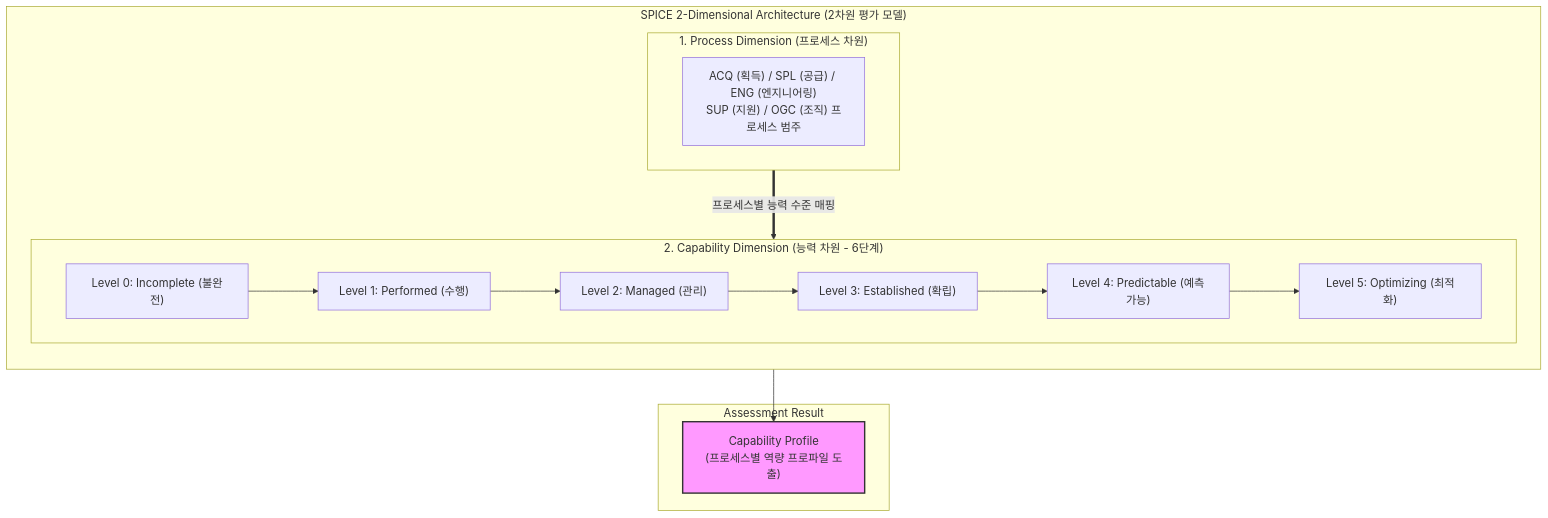
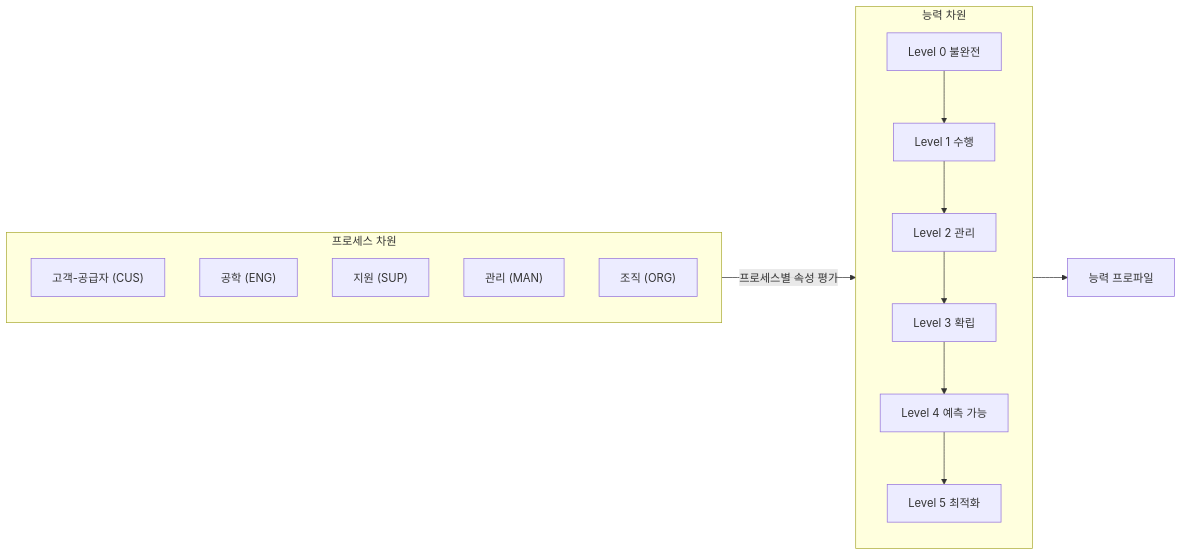
Before and after one commit to supremethumb/supremethumb.github.io: the diagram in content/01_IT Tech/SPICE.md, drawn with Mermaid. The commit also changed other lines of this file and 1087 other files, not shown here.

````diff
--- a/content/01_IT Tech/SPICE.md
+++ b/content/01_IT Tech/SPICE.md
@@ -27,29 +35,18 @@
 ```mermaid
-flowchart TB
-    subgraph "SPICE 2-Dimensional Architecture (2차원 평가 모델)"
+flowchart LR
+    subgraph PD ["프로세스 차원"]
         direction TB
-        
-        subgraph Dimension1["1. Process Dimension (프로세스 차원)"]
-            P_Category["ACQ (획득) / SPL (공급) / ENG (엔지니어링)<br/>SUP (지원) / OGC (조직) 프로세스 범주"]
-        end
-
-        subgraph Dimension2["2. Capability Dimension (능력 차원 - 6단계)"]
-            L0["Level 0: Incomplete (불완전)"] --> L1["Level 1: Performed (수행)"]
-            L1 --> L2["Level 2: Managed (관리)"]
-            L2 --> L3["Level 3: Established (확립)"]
-            L3 --> L4["Level 4: Predictable (예측가능)"]
-            L4 --> L5["Level 5: Optimizing (최적화)"]
-        end
-
-        Dimension1 ==>|프로세스별 능력 수준 매핑| Dimension2
+        C1["고객-공급자 (CUS)"]
+        C2["공학 (ENG)"]
+        C3["지원 (SUP)"]
+        C4["관리 (MAN)"]
+        C5["조직 (ORG)"]
     end
-
-    subgraph "Assessment Result"
-        Result["Capability Profile<br/>(프로세스별 역량 프로파일 도출)"]
+    subgraph CD ["능력 차원"]
+        direction TB
+        L0["Level 0 불완전"] --> L1["Level 1 수행"] --> L2["Level 2 관리"]
+        L2 --> L3["Level 3 확립"] --> L4["Level 4 예측 가능"] --> L5["Level 5 최적화"]
     end
-
-    Dimension2 --> Result
-
-    style Result fill:#f9f,stroke:#333,stroke-width:2px
-
+    PD -- "프로세스별 속성 평가" --> CD
+    CD --> PF["능력 프로파일"]
 ```
````
